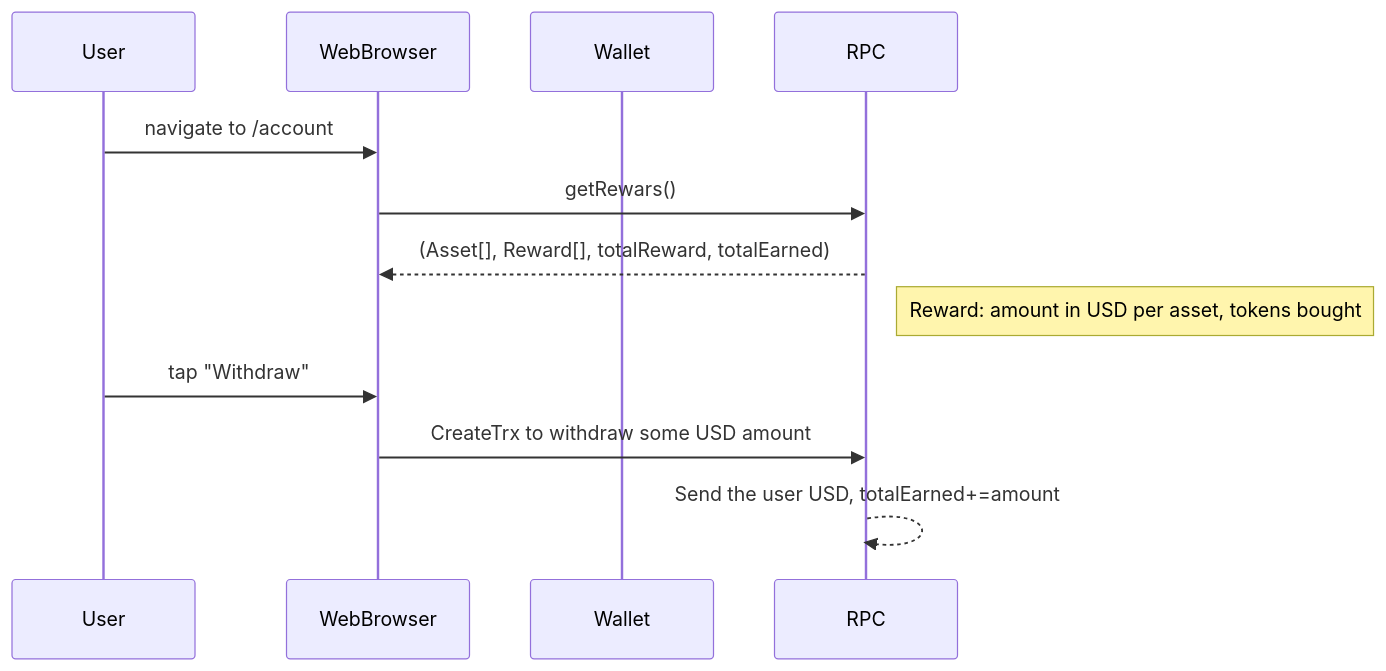
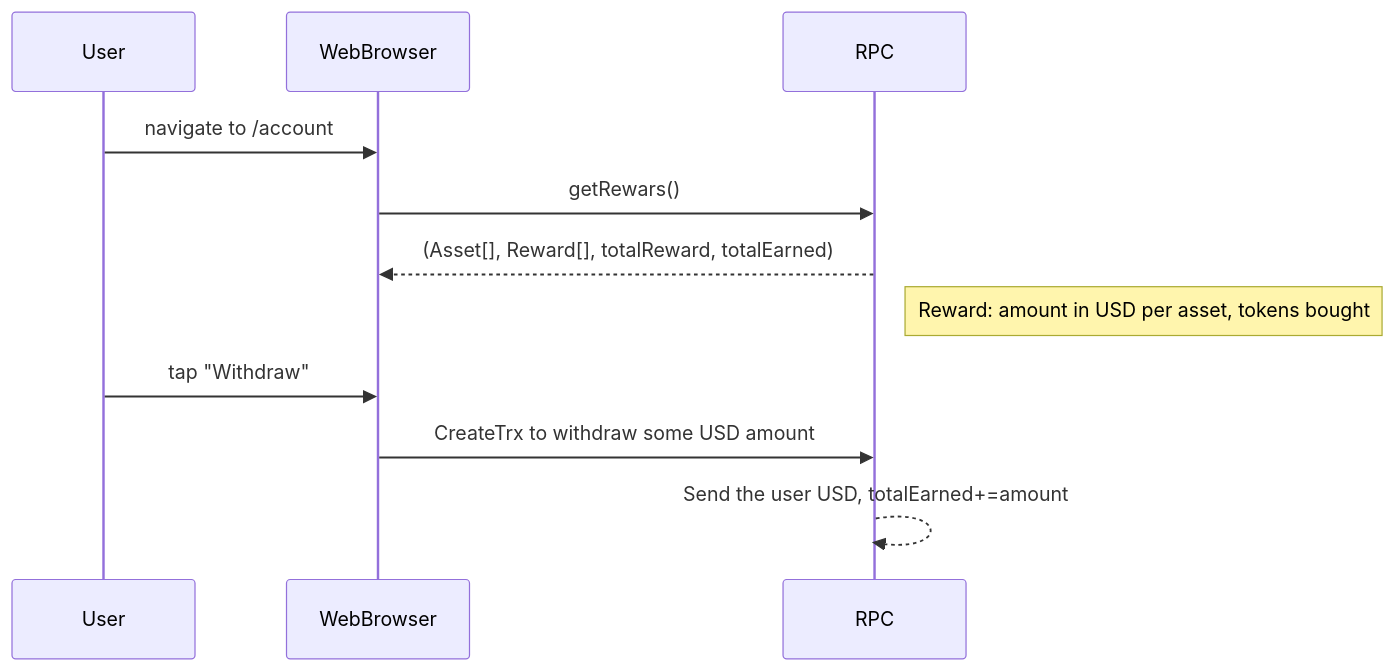
One commit to binaryx-protocol/binaryx_app changed the diagram in arb/mermaid/AssetDetailsPage.md. Above: the diagram before and after it, drawn with Mermaid. The commit also changed other lines of this file and 1 other file, not shown here.

````diff
--- a/arb/mermaid/AssetDetailsPage.md
+++ b/arb/mermaid/AssetDetailsPage.md
@@ -3,16 +3,15 @@
 ```mermaid
 sequenceDiagram
   participant User
   participant WebBrowser
-  participant Wallet
   participant RPC
   User->>WebBrowser: navigate to /account
   WebBrowser->>RPC: getRewars()
   RPC-->>WebBrowser: (Asset[], Reward[], totalReward, totalEarned)
   Note right of RPC: Reward: amount in USD per asset, tokens bought
   
   User->>WebBrowser: tap "Withdraw"
   WebBrowser->>RPC: CreateTrx to withdraw some USD amount
   RPC-->>RPC: Send the user USD, totalEarned+=amount
   
 ```
````
